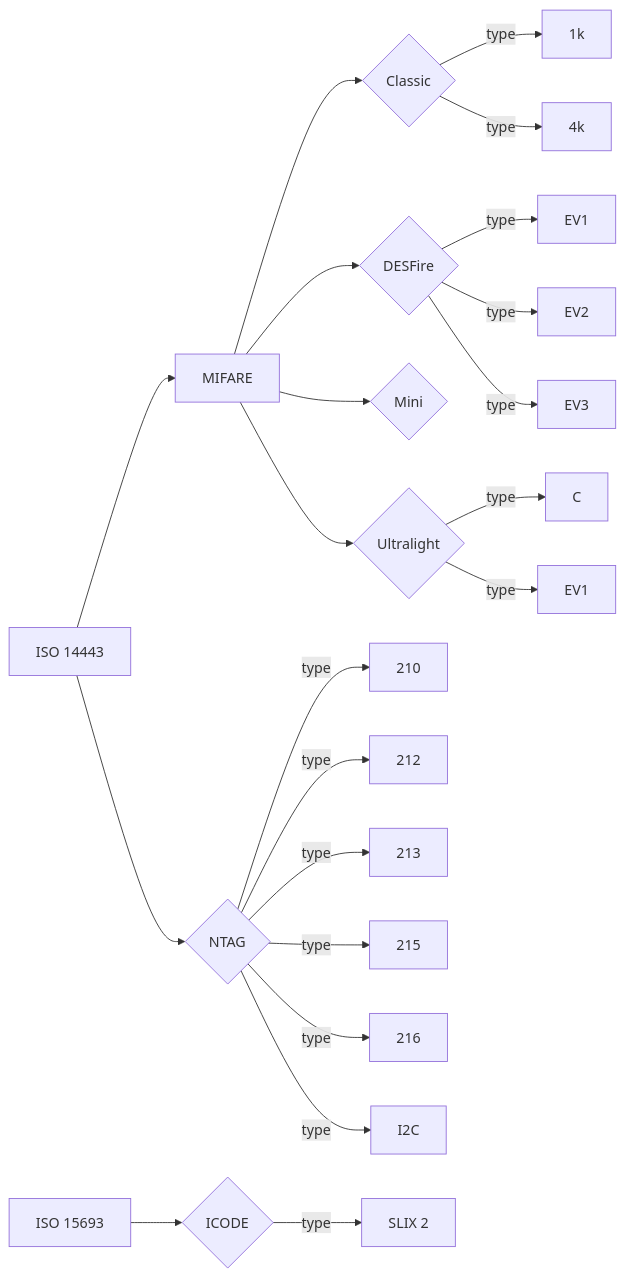
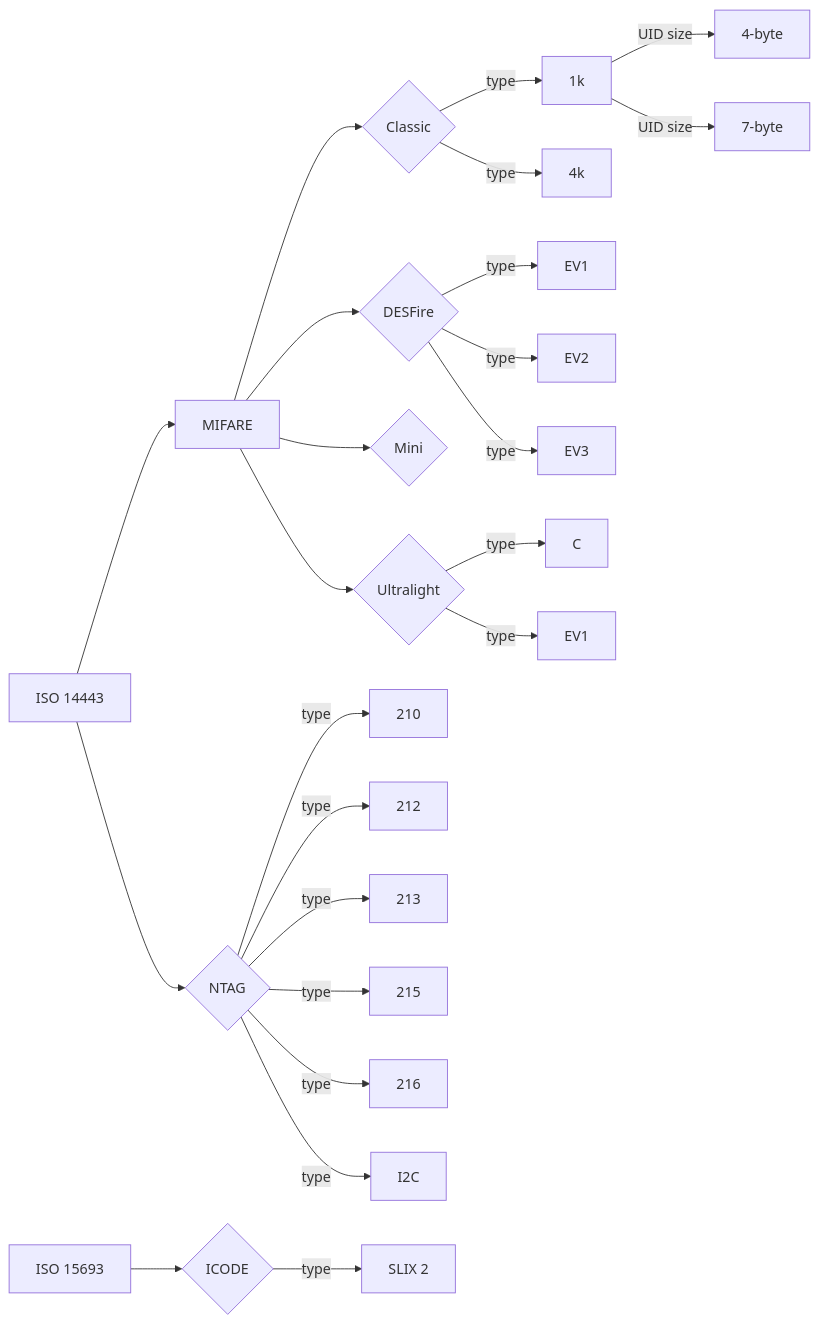
The diagram in HIGH_FREQUENCY_CHIPS.md (dangerous-tac0s/pm3_documentation), drawn with Mermaid before and after one commit. The commit also changed other lines of this file, not shown here.

````diff
--- a/HIGH_FREQUENCY_CHIPS.md
+++ b/HIGH_FREQUENCY_CHIPS.md
@@ -5,12 +5,13 @@
 ```mermaid
   flowchart LR;
     A[ISO 14443] --> A1 & A2;
     A1[MIFARE] --> A1.1{Classic} & A1.2{DESFire} & A1.3{Mini} & A1.4{Ultralight};
     A1.1 -- type --> A1.1a[1k] & A1.1b[4k];
+    A1.1a -- UID size --> A1.1a_1[4-byte] & A1.1a_2[7-byte];
     A1.2 -- type --> A1.2a[EV1] & A1.2b[EV2] & A1.2c[EV3];
     A1.4 -- type --> A1.4a[C] & A1.4b[EV1];
     A2{NTAG} -- type --> A2.1[210] & A2.2[212] & A2.3[213] & A2.4[215] & A2.5[216] & A2.6[I2C];
     B[ISO 15693] --> B1{ICODE};
     B1 -- type --> B1.1[SLIX 2];
 
 ```
````
